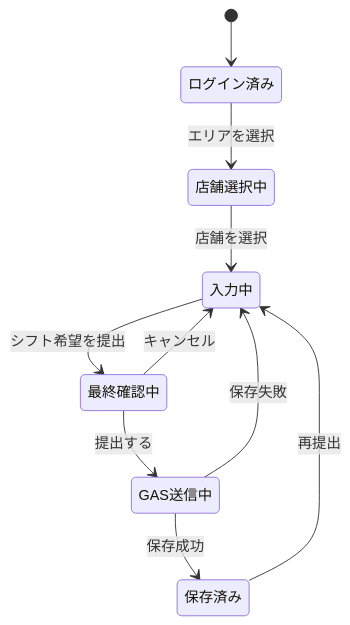
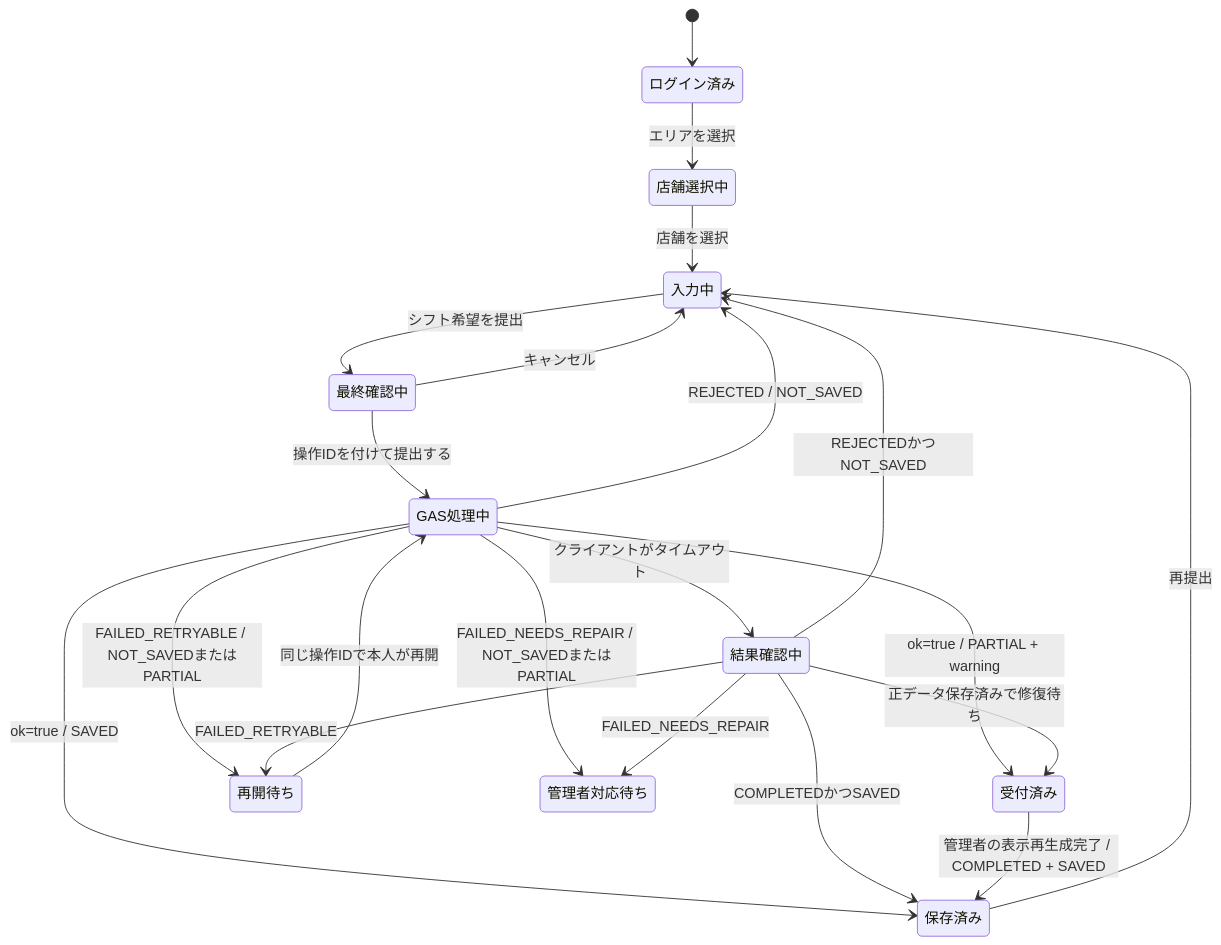
One commit to OgawaTatsukicreator/shift-submission changed the first of 9 diagrams in .docx/Design.md. Above: the diagram before and after it, drawn with Mermaid. The commit also changed other lines of this file and 1 other file, not shown here.

````diff
--- a/.docx/Design.md
+++ b/.docx/Design.md
@@ -281,12 +560,23 @@
 ```mermaid
 stateDiagram-v2
   [*] --> ログイン済み
   ログイン済み --> 店舗選択中: エリアを選択
   店舗選択中 --> 入力中: 店舗を選択
   入力中 --> 最終確認中: シフト希望を提出
   最終確認中 --> 入力中: キャンセル
-  最終確認中 --> GAS送信中: 提出する
-  GAS送信中 --> 保存済み: 保存成功
-  GAS送信中 --> 入力中: 保存失敗
+  最終確認中 --> GAS処理中: 操作IDを付けて提出する
+  GAS処理中 --> 保存済み: ok=true / SAVED
+  GAS処理中 --> 受付済み: ok=true / PARTIAL + warning
+  GAS処理中 --> 入力中: REJECTED / NOT_SAVED
+  GAS処理中 --> 再開待ち: FAILED_RETRYABLE / NOT_SAVEDまたはPARTIAL
+  GAS処理中 --> 管理者対応待ち: FAILED_NEEDS_REPAIR / NOT_SAVEDまたはPARTIAL
+  GAS処理中 --> 結果確認中: クライアントがタイムアウト
+  結果確認中 --> 保存済み: COMPLETEDかつSAVED
+  結果確認中 --> 受付済み: 正データ保存済みで修復待ち
+  結果確認中 --> 入力中: REJECTEDかつNOT_SAVED
+  結果確認中 --> 再開待ち: FAILED_RETRYABLE
+  結果確認中 --> 管理者対応待ち: FAILED_NEEDS_REPAIR
+  再開待ち --> GAS処理中: 同じ操作IDで本人が再開
   保存済み --> 入力中: 再提出
+  受付済み --> 保存済み: 管理者の表示再生成完了 / COMPLETED + SAVED
 ```
````
